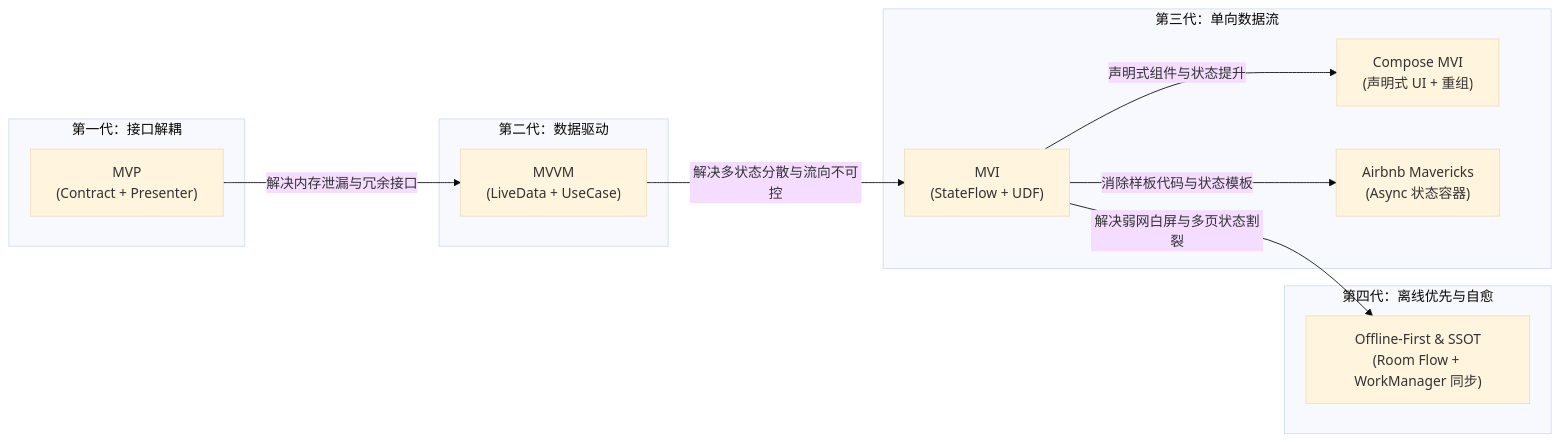
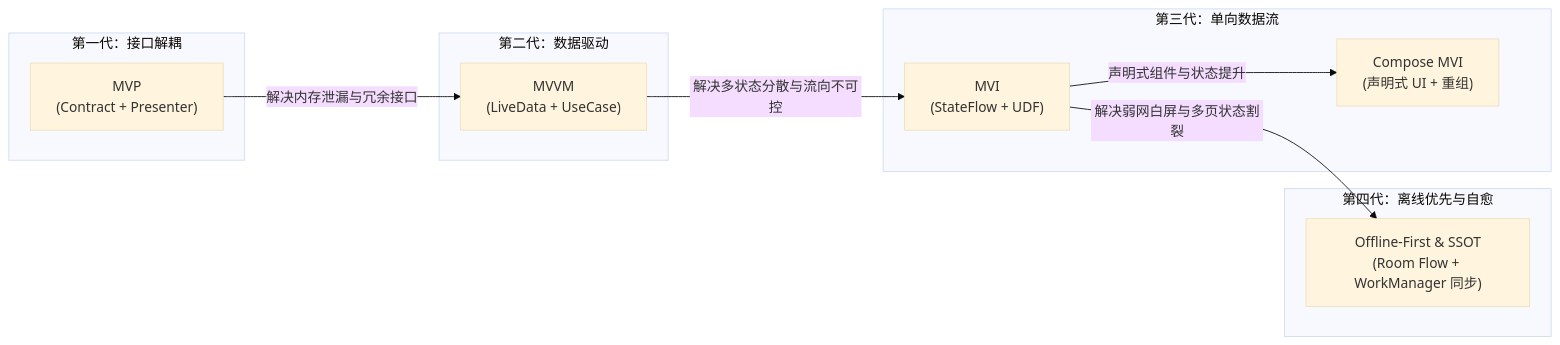
Before and after one commit to wuwei94/MyApplication: the first of 4 diagrams in docs/03-architecture/architecture.md, drawn with Mermaid (base theme). The commit also changed other lines of this file and 27 other files, not shown here.

````diff
--- a/docs/03-architecture/architecture.md
+++ b/docs/03-architecture/architecture.md
@@ -11,23 +11,21 @@
 ```mermaid
 flowchart LR
     subgraph S1["第一代：接口解耦"]
         A["MVP\n(Contract + Presenter)"]
     end
     subgraph S2["第二代：数据驱动"]
         B["MVVM\n(LiveData + UseCase)"]
     end
     subgraph S3["第三代：单向数据流"]
         C["MVI\n(StateFlow + UDF)"]
         D["Compose MVI\n(声明式 UI + 重组)"]
-        E["Airbnb Mavericks\n(Async<T> 状态容器)"]
     end
     subgraph S4["第四代：离线优先与自愈"]
         F["Offline-First & SSOT\n(Room Flow + WorkManager 同步)"]
     end
 
     A -->|"解决内存泄漏与冗余接口"| B
     B -->|"解决多状态分散与流向不可控"| C
     C -->|"声明式组件与状态提升"| D
-    C -->|"消除样板代码与状态模板"| E
     C -->|"解决弱网白屏与多页状态割裂"| F
 ```
````
